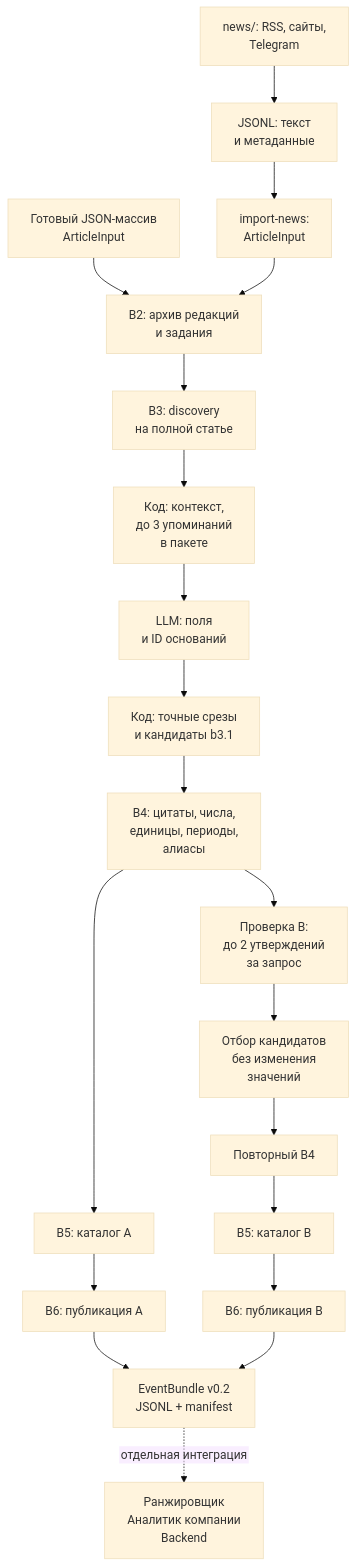
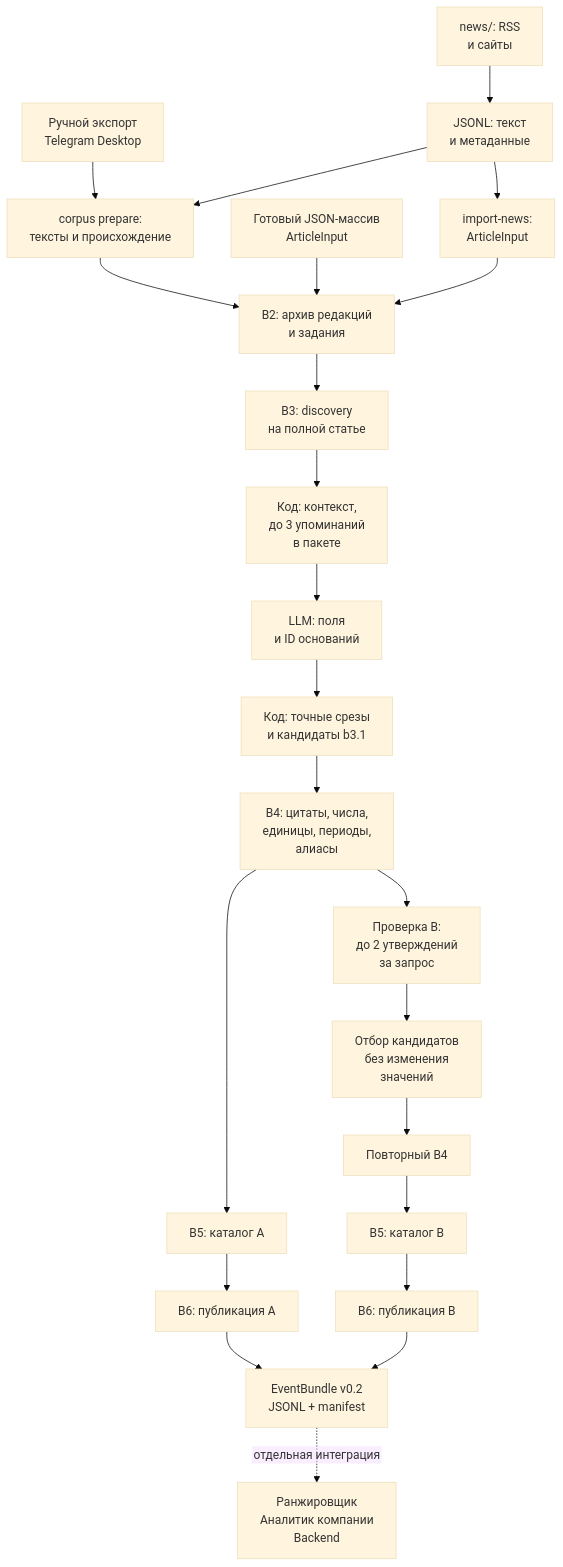
The diagram in llm/events/docs/pipeline.md (egorsvitov/alpha-hackathon-2026), drawn with Mermaid (base theme) before and after one commit. The commit also changed other lines of this file and 41 other files, not shown here.

````diff
--- a/llm/events/docs/pipeline.md
+++ b/llm/events/docs/pipeline.md
@@ -3,23 +3,26 @@
 ```mermaid
 %%{init: {"flowchart": {"htmlLabels": false}}}%%
 flowchart TD
-    N["news/: RSS, сайты,<br/>Telegram"] --> J["JSONL: текст<br/>и метаданные"]
+    N["news/: RSS<br/>и сайты"] --> J["JSONL: текст<br/>и метаданные"]
     J --> I["import-news:<br/>ArticleInput"]
+    T["Ручной экспорт<br/>Telegram Desktop"] --> U["corpus prepare:<br/>тексты и происхождение"]
+    J --> U
+    U --> S
     A["Готовый JSON-массив<br/>ArticleInput"] --> S
     I --> S["B2: архив редакций<br/>и задания"]
     S --> D["B3: discovery<br/>на полной статье"]
     D --> P["Код: контекст,<br/>до 3 упоминаний<br/>в пакете"]
     P --> L["LLM: поля<br/>и ID оснований"]
     L --> C["Код: точные срезы<br/>и кандидаты b3.1"]
     C --> V["B4: цитаты, числа,<br/>единицы, периоды,<br/>алиасы"]
     V --> CA["B5: каталог A"]
     CA --> BA["B6: публикация A"]
     V --> Q["Проверка B:<br/>до 2 утверждений<br/>за запрос"]
     Q --> F["Отбор кандидатов<br/>без изменения<br/>значений"]
     F --> VB["Повторный B4"]
     VB --> CB["B5: каталог B"]
     CB --> BB["B6: публикация B"]
     BA --> O["EventBundle v0.2<br/>JSONL + manifest"]
     BB --> O
     O -. "отдельная интеграция" .-> R["Ранжировщик<br/>Аналитик компании<br/>Backend"]
 ```
````
